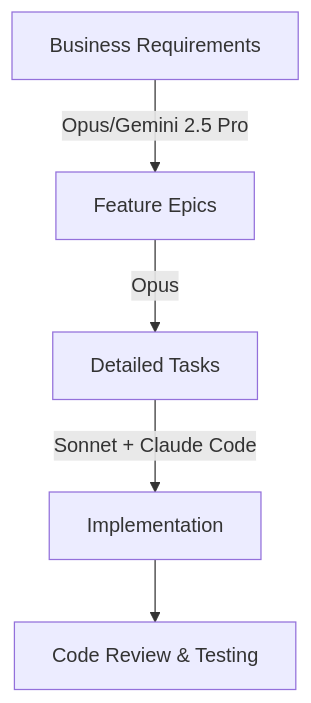
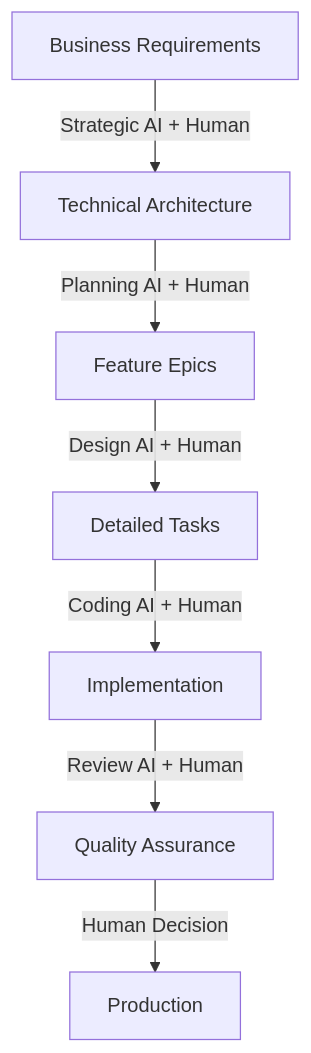
Before and after one commit to devondragon/ccmagic: the diagram in docs/claude-code-team-guide.markdown, drawn with Mermaid. The commit also changed other lines of this file and 1 other file, not shown here.

Commit message:
Refactor and expand the AI-Assisted Development Team Guide: updated structure, enhanced context management principles, and detailed best practices for each development phase. Improved documentation templates and introduced a comprehensive directory structure for better organization and efficiency.

````diff
--- a/docs/claude-code-team-guide.markdown
+++ b/docs/claude-code-team-guide.markdown
@@ -22,7 +41,9 @@
 ```mermaid
 graph TD
-    A[Business Requirements] -->|Opus/Gemini 2.5 Pro| B[Feature Epics]
-    B -->|Opus| C[Detailed Tasks]
-    C -->|Sonnet + Claude Code| D[Implementation]
-    D --> E[Code Review & Testing]
+    A[Business Requirements] -->|Strategic AI + Human| B[Technical Architecture]
+    B -->|Planning AI + Human| C[Feature Epics]
+    C -->|Design AI + Human| D[Detailed Tasks]
+    D -->|Coding AI + Human| E[Implementation]
+    E -->|Review AI + Human| F[Quality Assurance]
+    F -->|Human Decision| G[Production]
 ```
````
